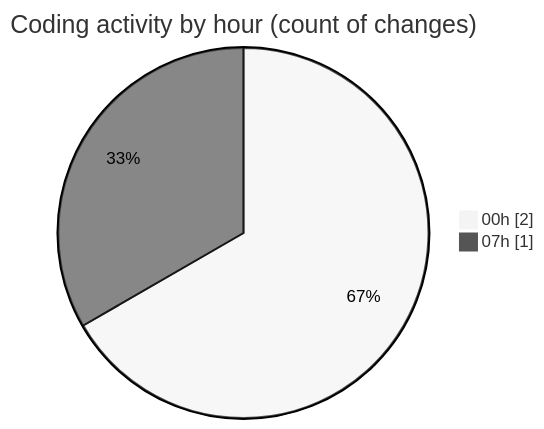
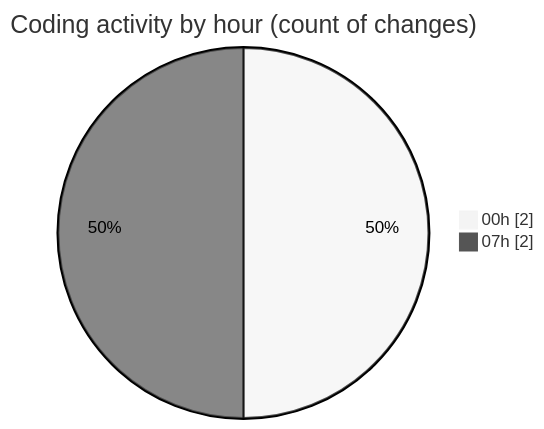
One commit to donsfak/code-tracking changed the second of 2 diagrams in 2025-02-10/maps_clone/README.md. Above: the diagram before and after it, drawn with Mermaid (neutral theme). The commit also changed other lines of this file and 1 other file, not shown here.

````diff
--- a/2025-02-10/maps_clone/README.md
+++ b/2025-02-10/maps_clone/README.md
@@ -28,6 +28,6 @@
 ```mermaid
 pie showData
 title Coding activity by hour (count of changes)
 "00h" : 2
-"07h" : 1
+"07h" : 2
 ```
````
